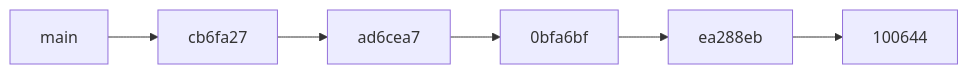
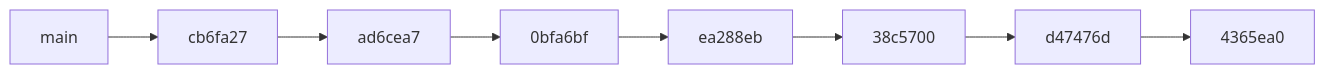
The second of 2 diagrams in README.md (thenativeweb/temp--git), drawn with Mermaid before and after one commit. The commit also changed other lines of this file, not shown here.

````diff
--- a/README.md
+++ b/README.md
@@ -70,8 +80,10 @@
 ```mermaid
 flowchart LR
   main --> cb6fa27
   cb6fa27 --> ad6cea7
   ad6cea7 --> 0bfa6bf
   0bfa6bf --> ea288eb
-  ea288eb --> 100644
+  ea288eb --> 38c5700
+  38c5700 --> d47476d
+  d47476d --> 4365ea0
 ```
````
